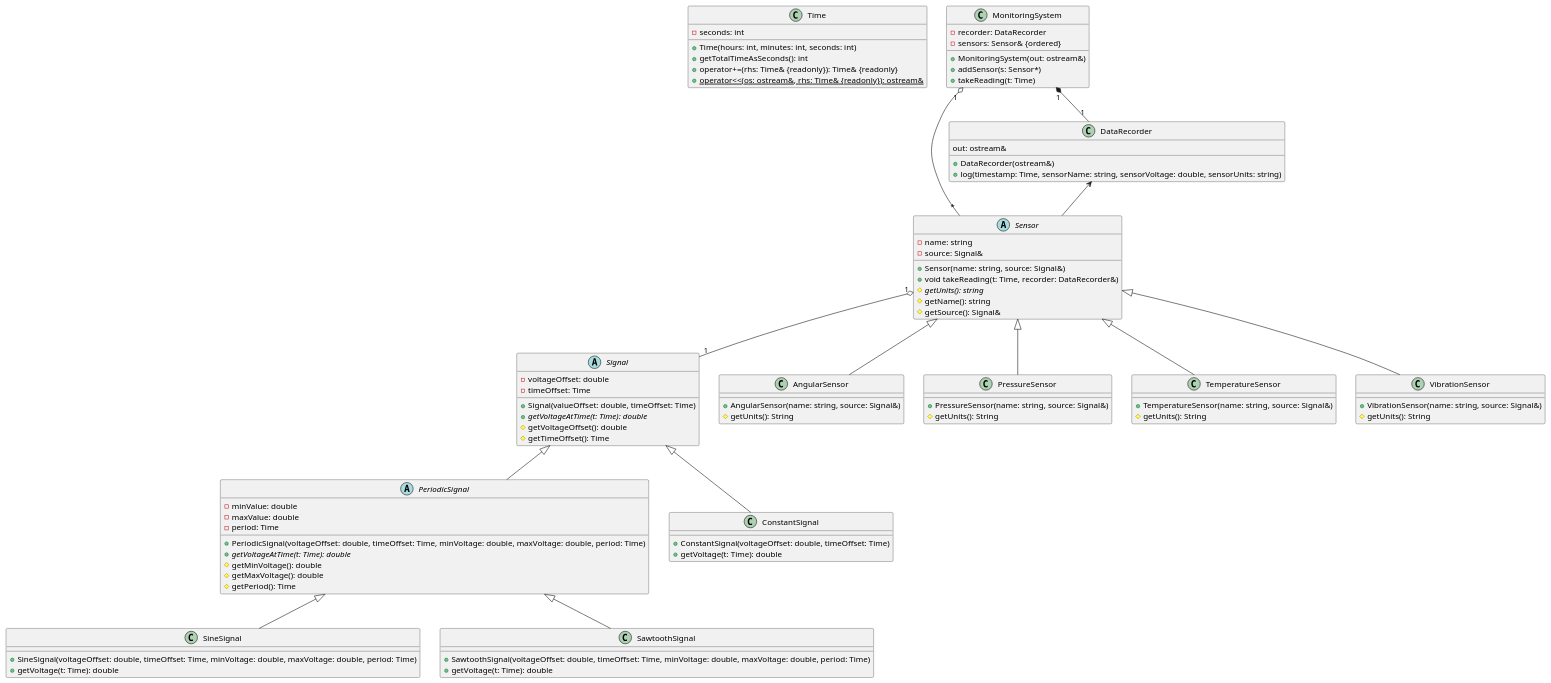
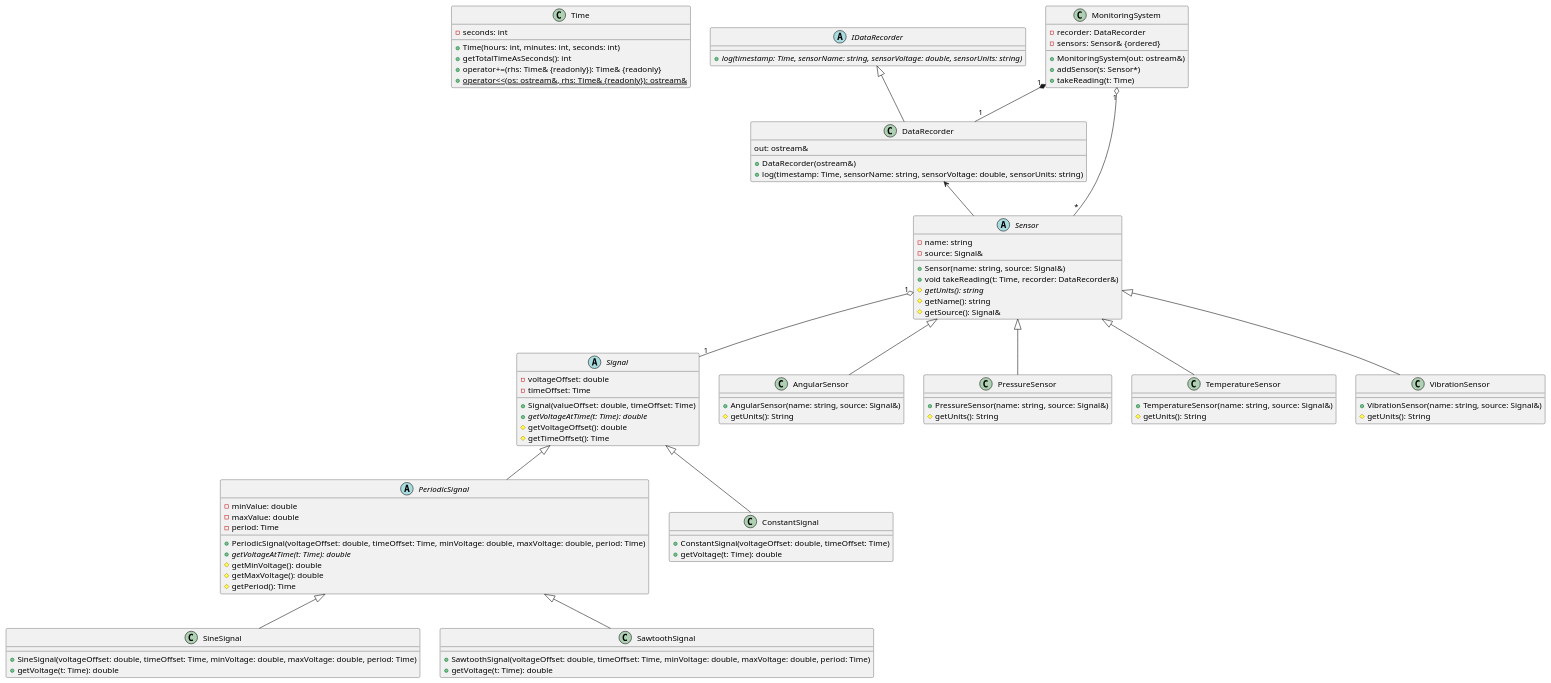
The diagram in doc/AirplaneMonitor.puml (skylasercolorado/AirplaneMonitor), drawn with PlantUML before and after one commit. The commit also changed 1 other file, not shown here.

Commit message:
updating the UML diagram

```diff
--- a/doc/AirplaneMonitor.puml
+++ b/doc/AirplaneMonitor.puml
@@ -1,113 +1,119 @@
 @startuml
 
 class Time {
 -seconds: int
 
 +Time(hours: int, minutes: int, seconds: int)
 +getTotalTimeAsSeconds(): int
 +operator+=(rhs: Time& {readonly}): Time& {readonly}
 +{static}operator<<(os: ostream&, rhs: Time& {readonly}): ostream&
 }
 
 class SineSignal {
 +SineSignal(voltageOffset: double, timeOffset: Time, minVoltage: double, maxVoltage: double, period: Time)
 +getVoltage(t: Time): double
 }
 
 class SawtoothSignal {
 +SawtoothSignal(voltageOffset: double, timeOffset: Time, minVoltage: double, maxVoltage: double, period: Time)
 +getVoltage(t: Time): double
 }
 
 abstract class PeriodicSignal {
 -minValue: double
 -maxValue: double
 -period: Time
 
 +PeriodicSignal(voltageOffset: double, timeOffset: Time, minVoltage: double, maxVoltage: double, period: Time)
 +{abstract} getVoltageAtTime(t: Time): double
 #getMinVoltage(): double
 #getMaxVoltage(): double
 #getPeriod(): Time
 }
 
 class ConstantSignal {
 +ConstantSignal(voltageOffset: double, timeOffset: Time)
 +getVoltage(t: Time): double
 }
 
 abstract class Signal {
 -voltageOffset: double
 -timeOffset: Time
 
 +Signal(valueOffset: double, timeOffset: Time)
 +{abstract} getVoltageAtTime(t: Time): double
 #getVoltageOffset(): double
 #getTimeOffset(): Time
 }
 
 PeriodicSignal <|-- SineSignal
 PeriodicSignal <|-- SawtoothSignal
 
 Signal <|-- ConstantSignal
 Signal <|-- PeriodicSignal
 
 class AngularSensor {
 +AngularSensor(name: string, source: Signal&)
 #getUnits(): String
 }
 
 class PressureSensor {
 +PressureSensor(name: string, source: Signal&)
 #getUnits(): String
 }
 
 class TemperatureSensor {
 +TemperatureSensor(name: string, source: Signal&)
 #getUnits(): String
 }
 
 class VibrationSensor {
 +VibrationSensor(name: string, source: Signal&)
 #getUnits(): String
 }
 
 abstract class Sensor {
 -name: string
 -source: Signal&
 
 +Sensor(name: string, source: Signal&)
 +void takeReading(t: Time, recorder: DataRecorder&)
 #{abstract} getUnits(): string
 #getName(): string
 #getSource(): Signal&
 }
 
 Sensor <|-- AngularSensor
 Sensor <|-- PressureSensor
 Sensor <|-- TemperatureSensor
 Sensor <|-- VibrationSensor
 
 Sensor "1" o-- "1" Signal
 
+abstract class IDataRecorder{
++{abstract} log(timestamp: Time, sensorName: string, sensorVoltage: double, sensorUnits: string)
+}
+
 class DataRecorder {
 out: ostream&
 
 +DataRecorder(ostream&)
 +log(timestamp: Time, sensorName: string, sensorVoltage: double, sensorUnits: string)
 }
+
+IDataRecorder <|-- DataRecorder
 
 class MonitoringSystem {
 -recorder: DataRecorder
 -sensors: Sensor& {ordered}
 
 +MonitoringSystem(out: ostream&)
 +addSensor(s: Sensor*)
 +takeReading(t: Time)
 }
 
 DataRecorder <-- Sensor
 MonitoringSystem "1" *-- "1" DataRecorder
 MonitoringSystem "1" o-- "*" Sensor
 
 @enduml
```
